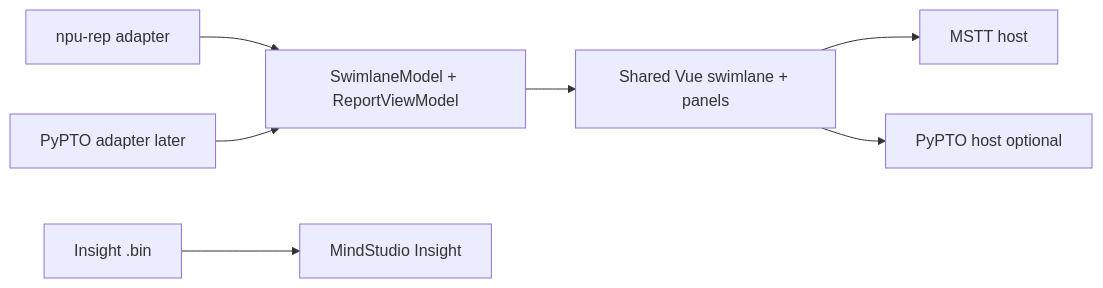
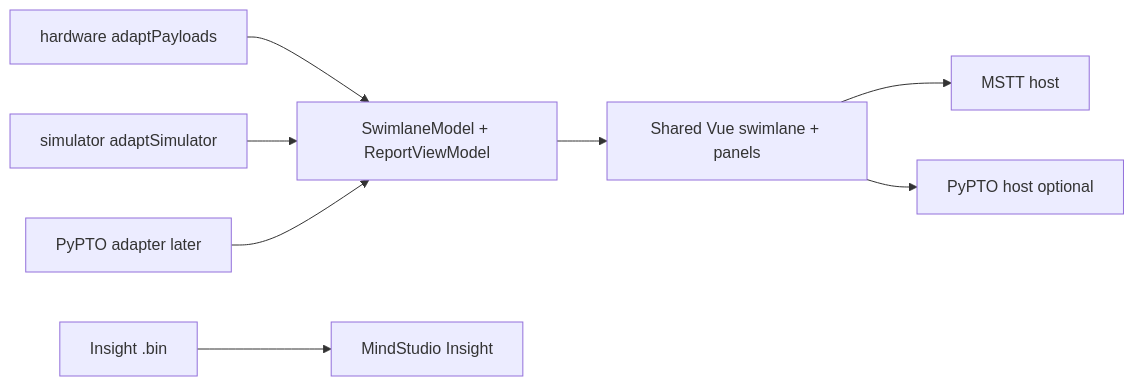
One commit to IdeFrontend/profiling-report changed the first of 2 diagrams in docs/architecture/ARCHITECTURE.md. Above: the diagram before and after it, drawn with Mermaid. The commit also changed other lines of this file and 39 other files, not shown here.

First line of the commit message:
docs: add hardware/simulator .npu-rep profiles and specs

````diff
--- a/docs/architecture/ARCHITECTURE.md
+++ b/docs/architecture/ARCHITECTURE.md
@@ -21,9 +21,10 @@
 ```mermaid
 flowchart LR
-  Rep["npu-rep adapter"] --> Models["SwimlaneModel + ReportViewModel"]
+  HW["hardware adaptPayloads"] --> Models["SwimlaneModel + ReportViewModel"]
+  SIM["simulator adaptSimulator"] --> Models
   Pypto["PyPTO adapter later"] --> Models
   Models --> SharedUI["Shared Vue swimlane + panels"]
   SharedUI --> MsttHost["MSTT host"]
   SharedUI --> PyptoHost["PyPTO host optional"]
   Bin["Insight .bin"] --> Insight["MindStudio Insight"]
 ```
````
